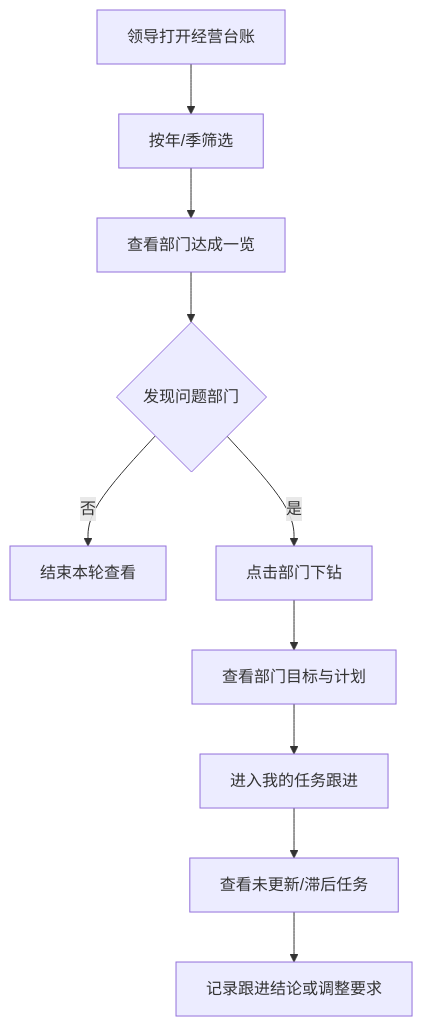
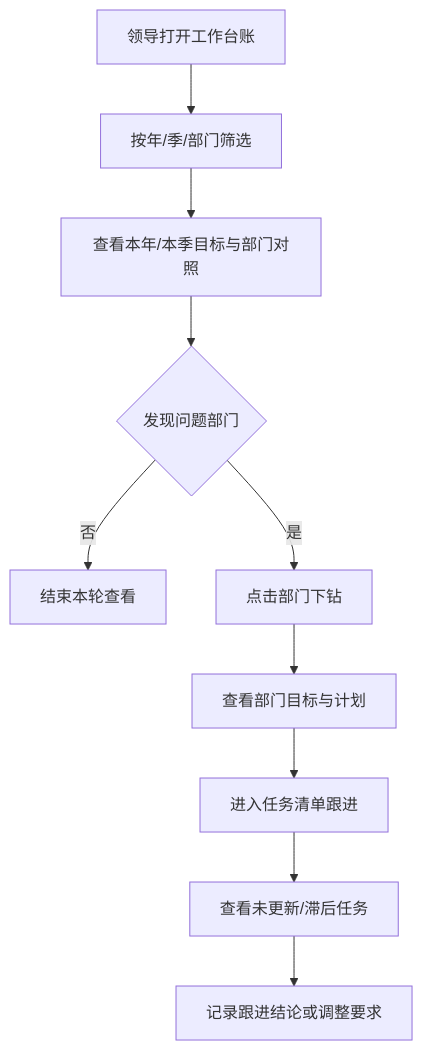
Before and after one commit to liaoliao66/BMS: the fourth of 8 diagrams in docs/versions/v1.0.0/prd.md, drawn with Mermaid. The commit also changed other lines of this file and 100 other files, not shown here.

````diff
--- a/docs/versions/v1.0.0/prd.md
+++ b/docs/versions/v1.0.0/prd.md
@@ -199,12 +201,12 @@
 ```mermaid
 flowchart TD
-  A[领导打开经营台账] --> B[按年/季筛选]
-  B --> C[查看部门达成一览]
+  A[领导打开工作台账] --> B[按年/季/部门筛选]
+  B --> C[查看本年/本季目标与部门对照]
   C --> D{发现问题部门}
   D -->|否| E[结束本轮查看]
   D -->|是| F[点击部门下钻]
   F --> G[查看部门目标与计划]
-  G --> H[进入我的任务跟进]
+  G --> H[进入任务清单跟进]
   H --> I[查看未更新/滞后任务]
   I --> J[记录跟进结论或调整要求]
 ```
````
